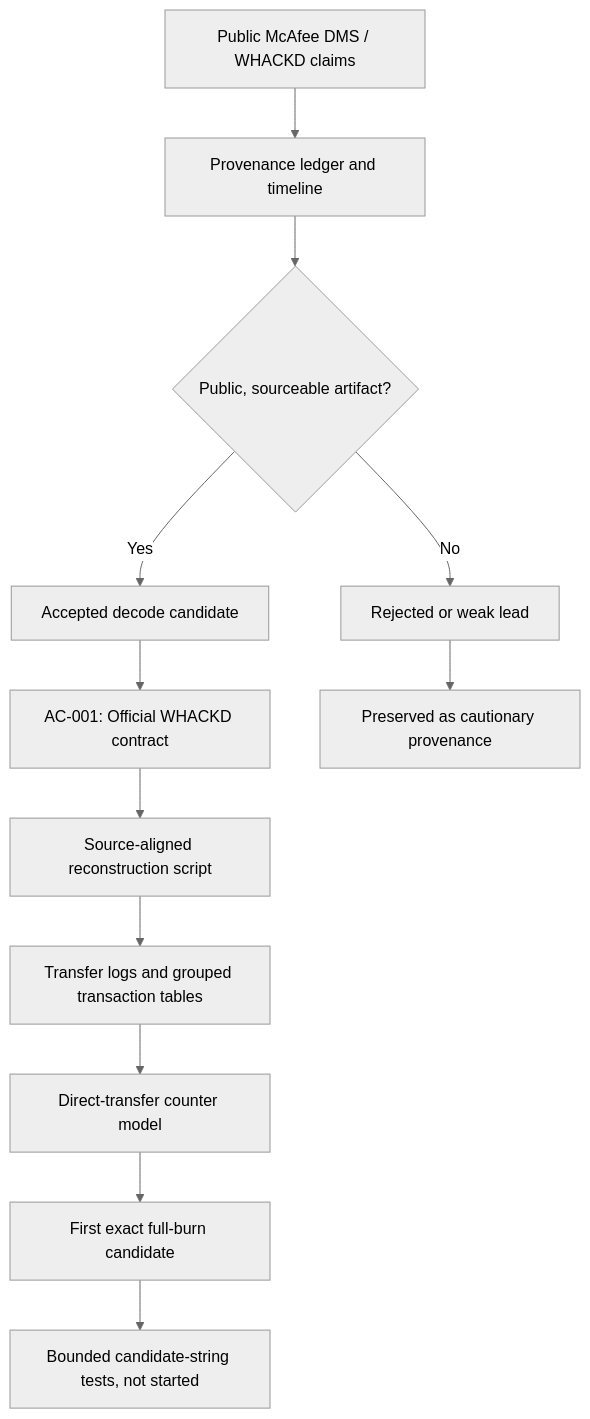
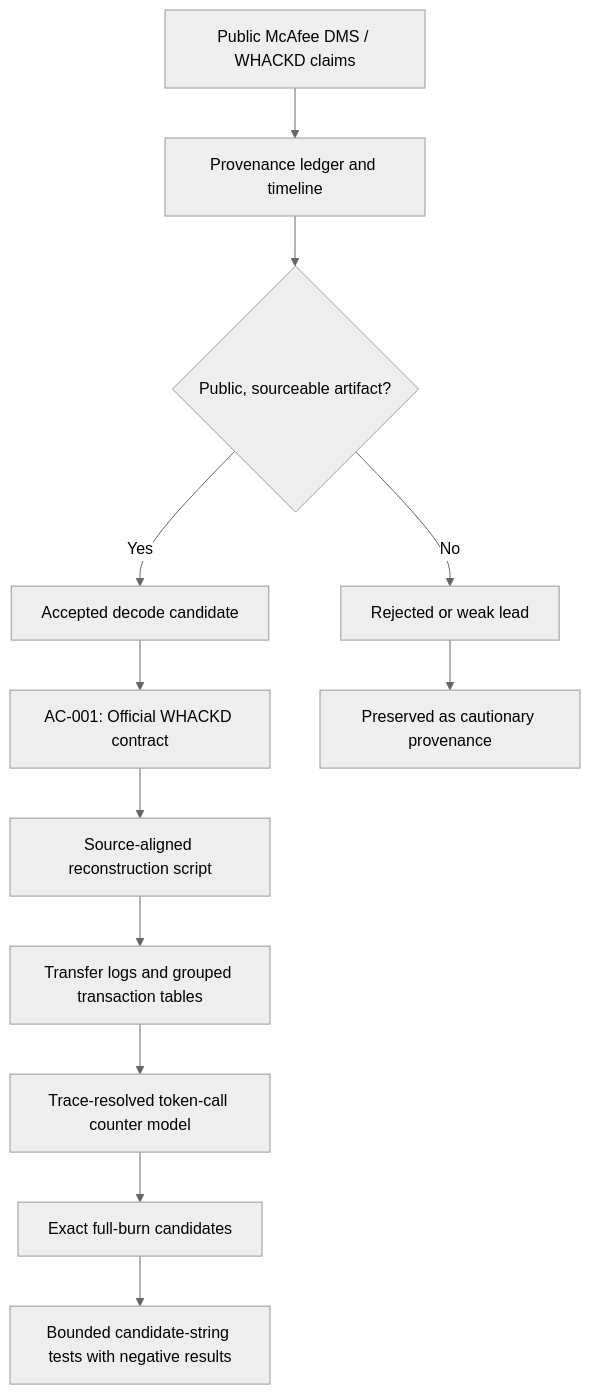
The first of 2 diagrams in README.md (WeAreTedGunderson/WackDecode), drawn with Mermaid (neutral theme) before and after one commit. The commit also changed other lines of this file, not shown here.

````diff
--- a/README.md
+++ b/README.md
@@ -28,14 +30,14 @@
 ```mermaid
 flowchart TD
   A["Public McAfee DMS / WHACKD claims"] --> B["Provenance ledger and timeline"]
   B --> C{"Public, sourceable artifact?"}
   C -->|Yes| D["Accepted decode candidate"]
   C -->|No| E["Rejected or weak lead"]
   D --> F["AC-001: Official WHACKD contract"]
   F --> G["Source-aligned reconstruction script"]
   G --> H["Transfer logs and grouped transaction tables"]
-  H --> I["Direct-transfer counter model"]
-  I --> J["First exact full-burn candidate"]
-  J --> K["Bounded candidate-string tests, not started"]
+  H --> I["Trace-resolved token-call counter model"]
+  I --> J["Exact full-burn candidates"]
+  J --> K["Bounded candidate-string tests with negative results"]
   E --> L["Preserved as cautionary provenance"]
 ```
````
